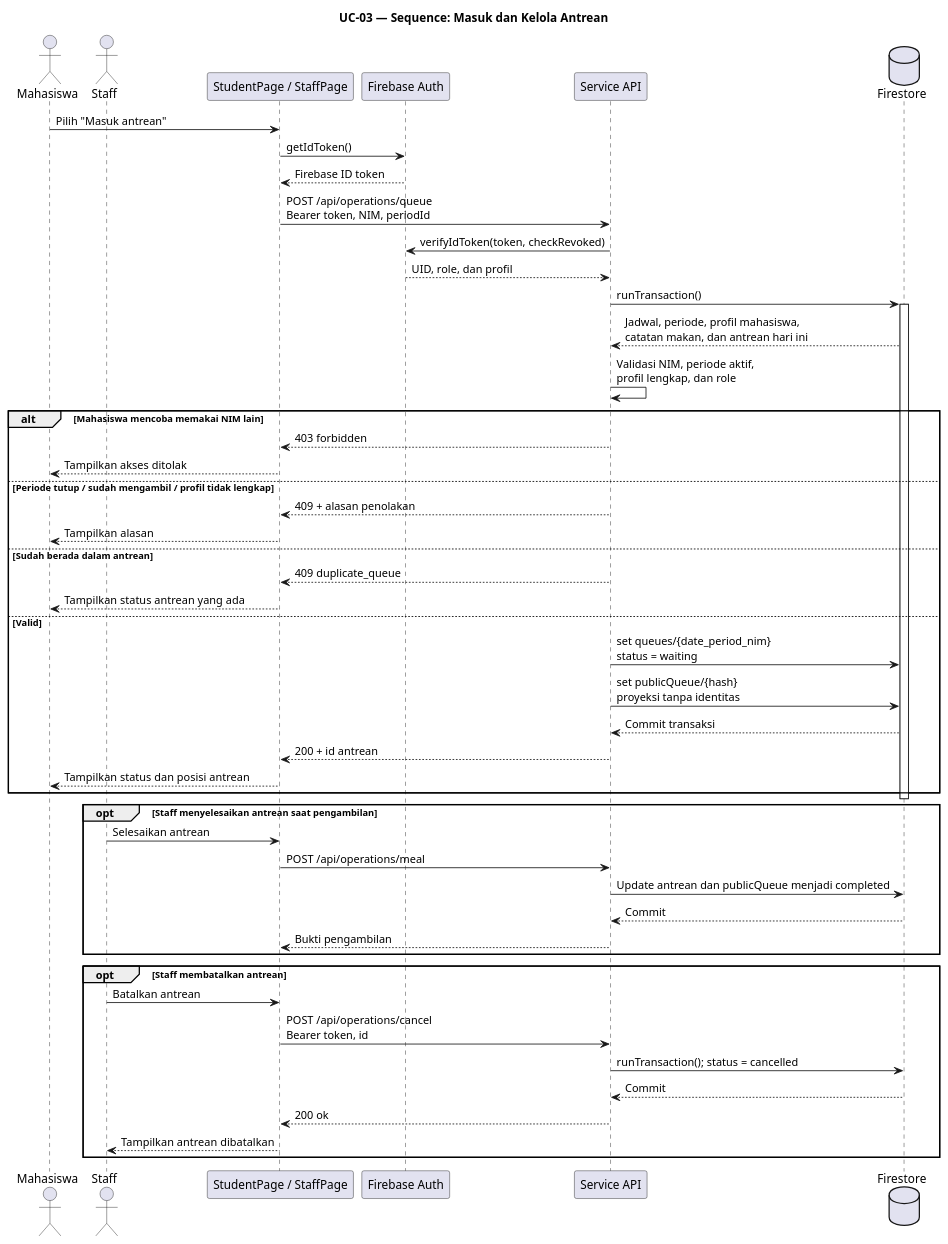
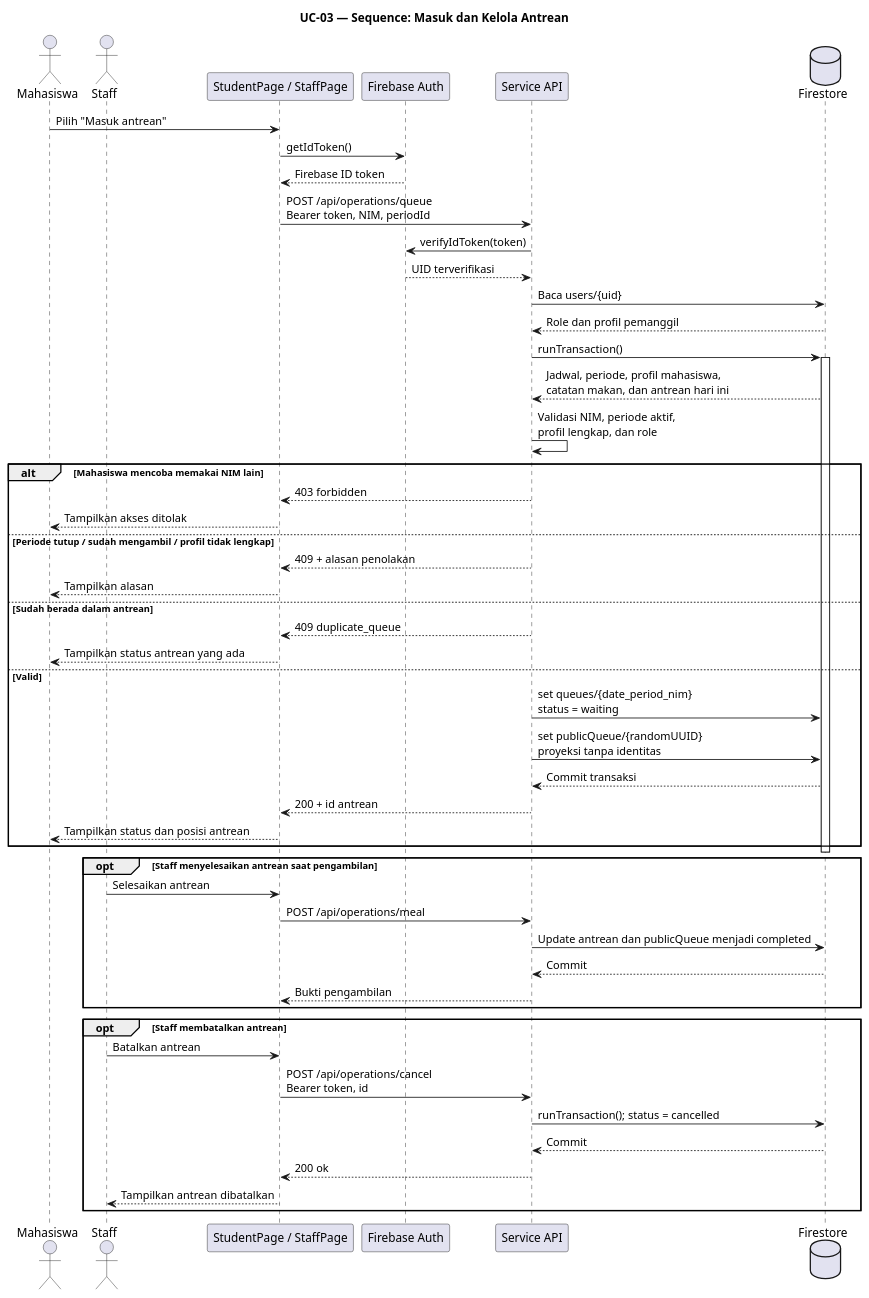
Before and after one commit to deedisini/santap-react: the diagram in docs/models/SANTAP_V1_2_QUEUE_SEQUENCE.puml, drawn with PlantUML. The commit also changed 87 other files, not shown here.

```diff
--- a/docs/models/SANTAP_V1_2_QUEUE_SEQUENCE.puml
+++ b/docs/models/SANTAP_V1_2_QUEUE_SEQUENCE.puml
@@ -1,56 +1,58 @@
 @startuml
 title UC-03 — Sequence: Masuk dan Kelola Antrean
 
 actor Mahasiswa
 actor Staff
 participant "StudentPage / StaffPage" as UI
 participant "Firebase Auth" as Auth
 participant "Service API" as API
 database "Firestore" as DB
 
 Mahasiswa -> UI : Pilih "Masuk antrean"
 UI -> Auth : getIdToken()
 Auth --> UI : Firebase ID token
 UI -> API : POST /api/operations/queue\nBearer token, NIM, periodId
-API -> Auth : verifyIdToken(token, checkRevoked)
-Auth --> API : UID, role, dan profil
+API -> Auth : verifyIdToken(token)
+Auth --> API : UID terverifikasi
+API -> DB : Baca users/{uid}
+DB --> API : Role dan profil pemanggil
 API -> DB : runTransaction()
 activate DB
 DB --> API : Jadwal, periode, profil mahasiswa,\ncatatan makan, dan antrean hari ini
 API -> API : Validasi NIM, periode aktif,\nprofil lengkap, dan role
 
 alt Mahasiswa mencoba memakai NIM lain
   API --> UI : 403 forbidden
   UI --> Mahasiswa : Tampilkan akses ditolak
 else Periode tutup / sudah mengambil / profil tidak lengkap
   API --> UI : 409 + alasan penolakan
   UI --> Mahasiswa : Tampilkan alasan
 else Sudah berada dalam antrean
   API --> UI : 409 duplicate_queue
   UI --> Mahasiswa : Tampilkan status antrean yang ada
 else Valid
   API -> DB : set queues/{date_period_nim}\nstatus = waiting
-  API -> DB : set publicQueue/{hash}\nproyeksi tanpa identitas
+  API -> DB : set publicQueue/{randomUUID}\nproyeksi tanpa identitas
   DB --> API : Commit transaksi
   API --> UI : 200 + id antrean
   UI --> Mahasiswa : Tampilkan status dan posisi antrean
 end
 deactivate DB
 
 opt Staff menyelesaikan antrean saat pengambilan
   Staff -> UI : Selesaikan antrean
   UI -> API : POST /api/operations/meal
   API -> DB : Update antrean dan publicQueue menjadi completed
   DB --> API : Commit
   API --> UI : Bukti pengambilan
 end
 
 opt Staff membatalkan antrean
   Staff -> UI : Batalkan antrean
   UI -> API : POST /api/operations/cancel\nBearer token, id
   API -> DB : runTransaction(); status = cancelled
   DB --> API : Commit
   API --> UI : 200 ok
   UI --> Staff : Tampilkan antrean dibatalkan
 end
 @enduml
```
